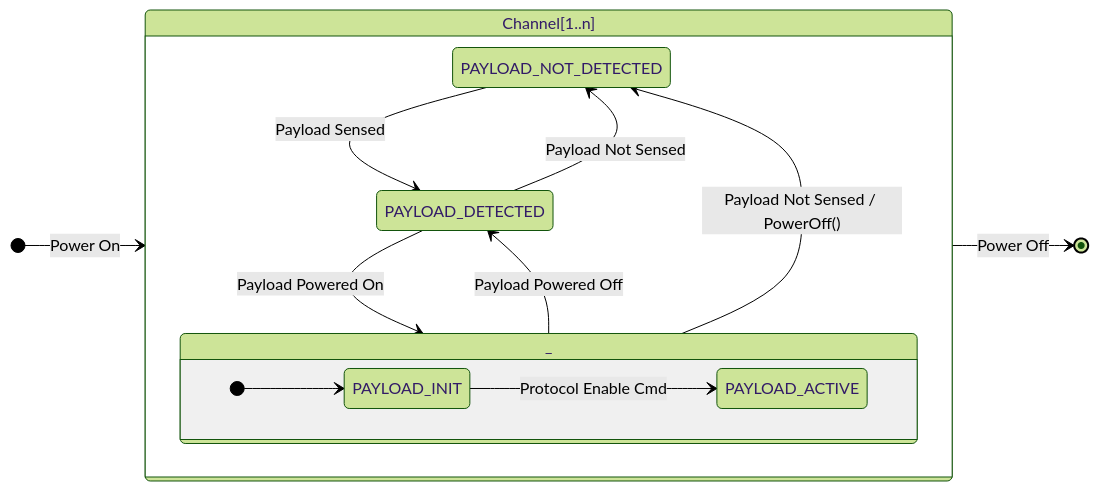
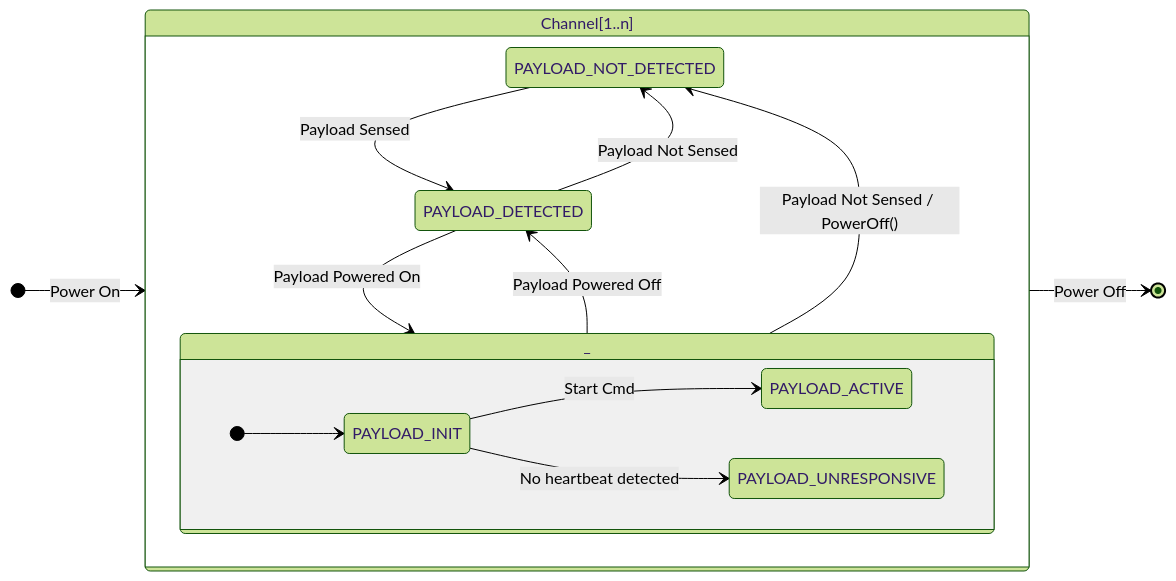
The fourth of 4 diagrams in docs/en/services/clik.md (DEVCOM-Armaments-Center/mavlink-military), drawn with Mermaid (forest theme) before and after one commit. The commit also changed other lines of this file, not shown here.

Commit message:
docs(site): Update to Payload Manager and mavlink id setter

````diff
--- a/docs/en/services/clik.md
+++ b/docs/en/services/clik.md
@@ -134,19 +125,20 @@
 ```mermaid
 stateDiagram-v2
     direction LR
     [*] --> Channel[1..n]: Power On
     state Channel[1..n] {
         
         PAYLOAD_NOT_DETECTED --> PAYLOAD_DETECTED: Payload Sensed
         PAYLOAD_DETECTED --> PAYLOAD_NOT_DETECTED: Payload Not Sensed
         PAYLOAD_DETECTED --> _ : Payload Powered On
         _ --> PAYLOAD_DETECTED : Payload Powered Off
         _ --> PAYLOAD_NOT_DETECTED : Payload Not Sensed / PowerOff()
         state _ {
             direction LR
             [*] --> PAYLOAD_INIT
-            PAYLOAD_INIT --> PAYLOAD_ACTIVE: Protocol Enable Cmd
+            PAYLOAD_INIT --> PAYLOAD_ACTIVE: Start Cmd
+            PAYLOAD_INIT --> PAYLOAD_UNRESPONSIVE: No heartbeat detected
         }
     }
     Channel[1..n] --> [*]: Power Off
 ```
````
